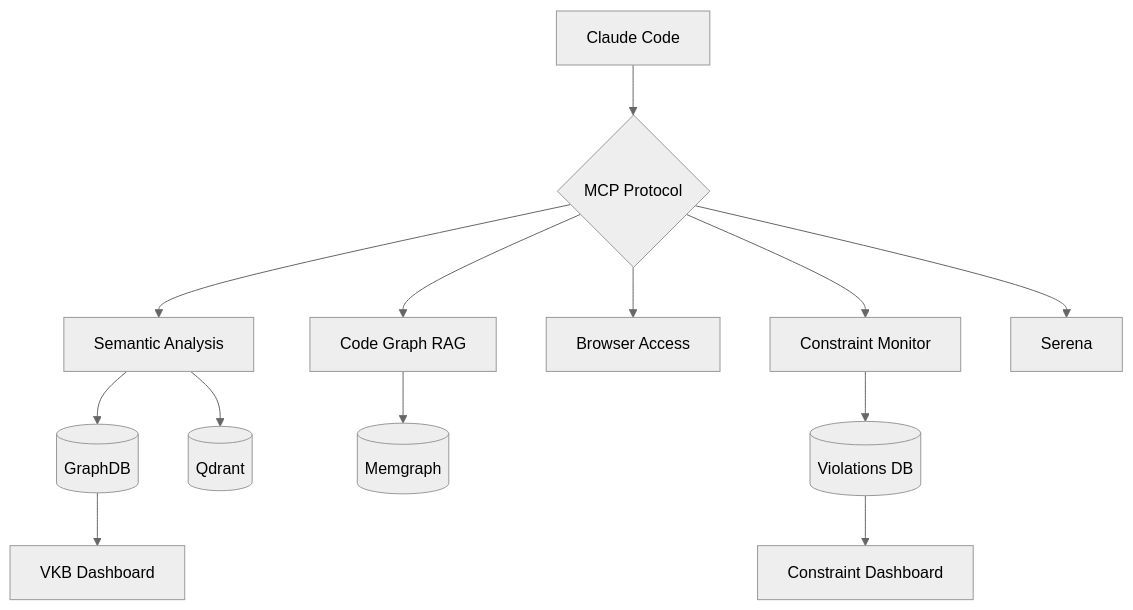
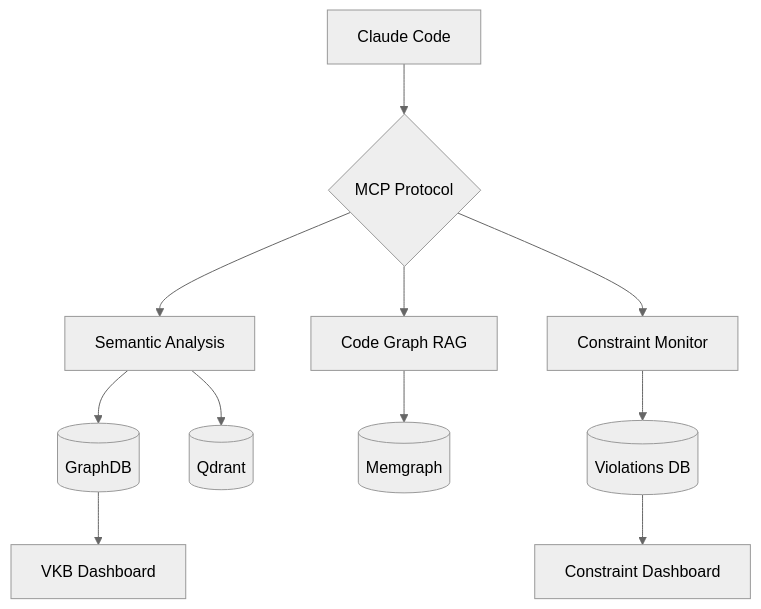
One commit to fwornle/coding changed the diagram in docs-content/integrations/index.md. Above: the diagram before and after it, drawn with Mermaid (neutral theme). The commit also changed other lines of this file and 24 other files, not shown here.

````diff
--- a/docs-content/integrations/index.md
+++ b/docs-content/integrations/index.md
@@ -140,17 +111,15 @@
 ```mermaid
 flowchart TB
     CC[Claude Code] --> MCP{MCP Protocol}
     MCP --> SA[Semantic Analysis]
     MCP --> CM[Constraint Monitor]
-    MCP --> BA[Browser Access]
     MCP --> CGR[Code Graph RAG]
-    MCP --> SER[Serena]
 
     SA --> GDB[(GraphDB)]
     SA --> QD[(Qdrant)]
     CGR --> MG[(Memgraph)]
     CM --> CMDB[(Violations DB)]
 
     GDB --> VKB[VKB Dashboard]
     CMDB --> CMD[Constraint Dashboard]
 ```
````
